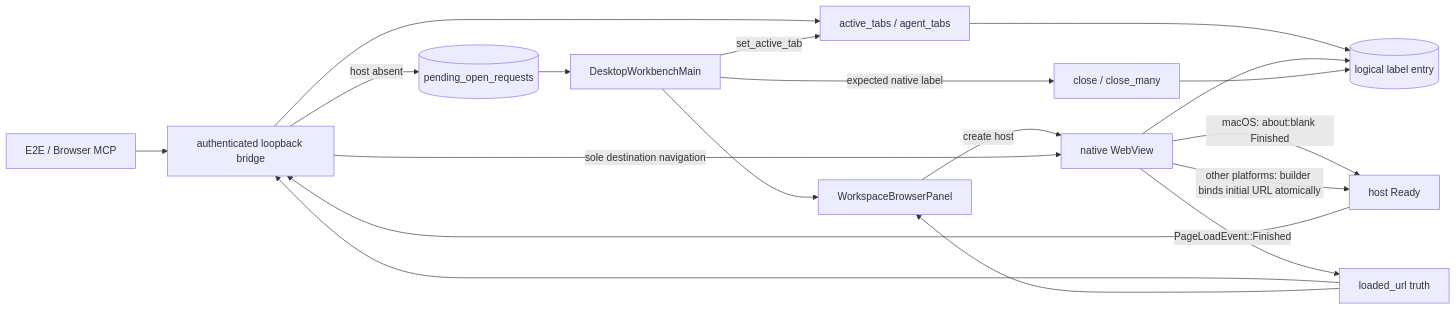
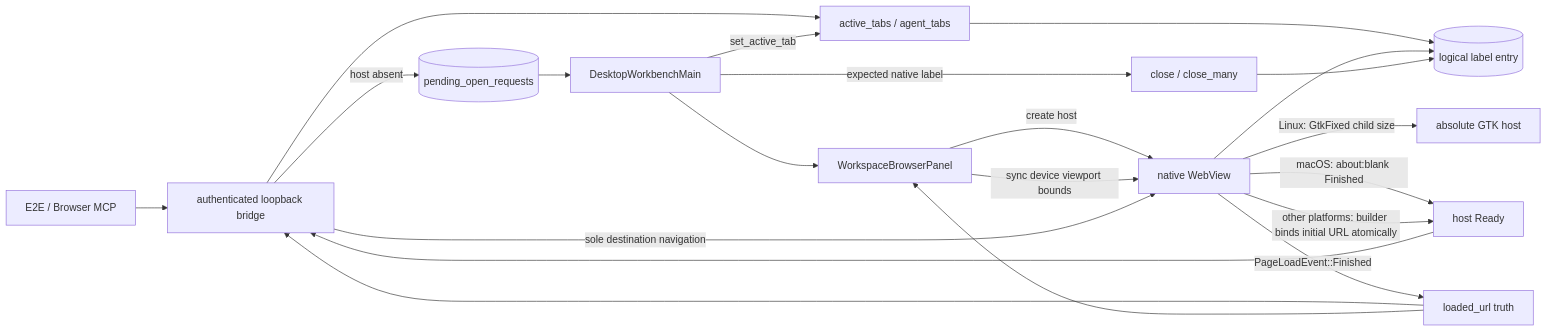
The first of 2 diagrams in docs/architecture/embedded-browser.md (wecode-ai/wegent-docs), drawn with Mermaid before and after one commit. The commit also changed other lines of this file and 1 other file, not shown here.

Commit message:
Sync documentation from main Wegent repository

````diff
--- a/docs/architecture/embedded-browser.md
+++ b/docs/architecture/embedded-browser.md
@@ -9,21 +9,23 @@
 ```mermaid
 flowchart LR
     CALLER[E2E / Browser MCP] --> BRIDGE[authenticated loopback bridge]
     BRIDGE --> ROUTE[active_tabs / agent_tabs]
     ROUTE --> ENTRY[(logical label entry)]
     BRIDGE -->|host absent| PENDING[(pending_open_requests)]
     PENDING --> MAIN[DesktopWorkbenchMain]
     MAIN --> PANEL[WorkspaceBrowserPanel]
     PANEL -->|create host| WEBVIEW[native WebView]
+    PANEL -->|sync device viewport bounds| WEBVIEW
+    WEBVIEW -->|Linux: GtkFixed child size| LINUX_HOST[absolute GTK host]
     WEBVIEW --> ENTRY
     WEBVIEW -->|macOS: about:blank Finished| READY[host Ready]
     WEBVIEW -->|other platforms: builder binds initial URL atomically| READY
     READY --> BRIDGE
     BRIDGE -->|sole destination navigation| WEBVIEW
     WEBVIEW -->|PageLoadEvent::Finished| LOADED[loaded_url truth]
     LOADED --> BRIDGE
     LOADED --> PANEL
     MAIN -->|set_active_tab| ROUTE
     MAIN -->|expected native label| CLOSE[close / close_many]
     CLOSE --> ENTRY
 ```
````
